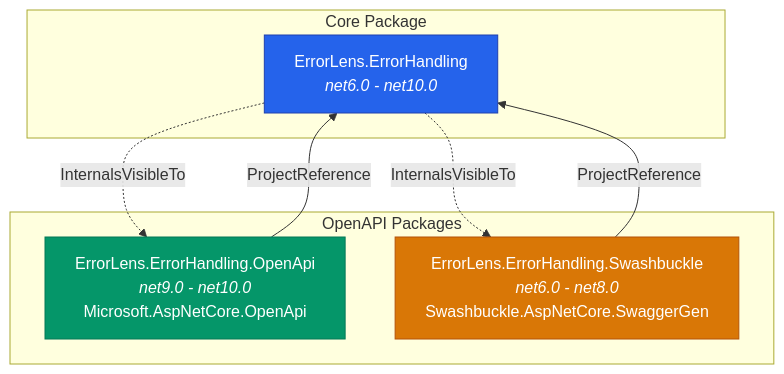
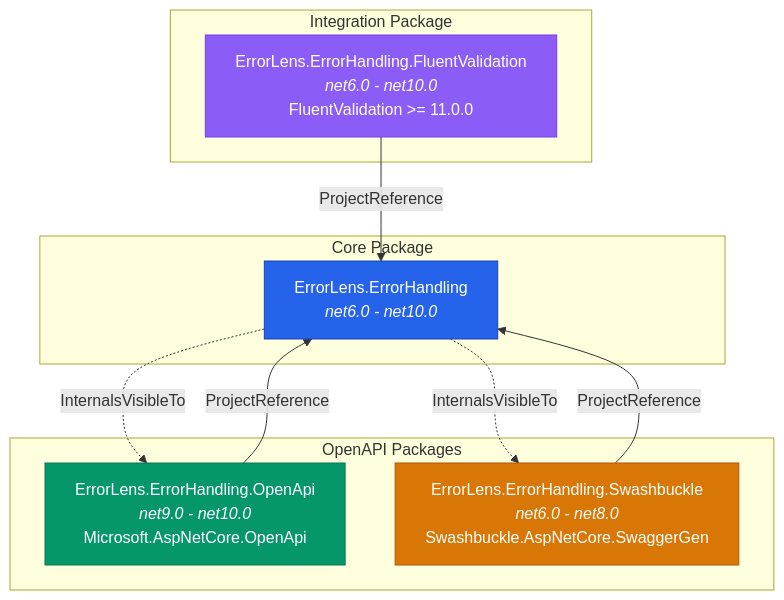
One commit to AhmedV20/error-handling-dotnet changed the first of 14 diagrams in docs/site/architecture.md. Above: the diagram before and after it, drawn with Mermaid. The commit also changed other lines of this file and 73 other files, not shown here.

First line of the commit message:
feat: v1.4.0 - FluentValidation integration, configurable messages, and error code strategies (#5)

````diff
--- a/docs/site/architecture.md
+++ b/docs/site/architecture.md
@@ -36,21 +36,27 @@
 ```mermaid
 graph TD
     subgraph Core Package
         CORE["ErrorLens.ErrorHandling<br/><i>net6.0 - net10.0</i>"]
+    end
+
+    subgraph Integration Package
+        FV["ErrorLens.ErrorHandling.FluentValidation<br/><i>net6.0 - net10.0</i><br/>FluentValidation >= 11.0.0"]
     end
 
     subgraph OpenAPI Packages
         OPENAPI["ErrorLens.ErrorHandling.OpenApi<br/><i>net9.0 - net10.0</i><br/>Microsoft.AspNetCore.OpenApi"]
         SWASH["ErrorLens.ErrorHandling.Swashbuckle<br/><i>net6.0 - net8.0</i><br/>Swashbuckle.AspNetCore.SwaggerGen"]
     end
 
+    FV -->|ProjectReference| CORE
     OPENAPI -->|ProjectReference| CORE
     SWASH -->|ProjectReference| CORE
 
     CORE -.->|InternalsVisibleTo| OPENAPI
     CORE -.->|InternalsVisibleTo| SWASH
 
     style CORE fill:#2563eb,color:#fff,stroke:#1e40af
+    style FV fill:#8b5cf6,color:#fff,stroke:#7c3aed
     style OPENAPI fill:#059669,color:#fff,stroke:#047857
     style SWASH fill:#d97706,color:#fff,stroke:#b45309
 ```
````
